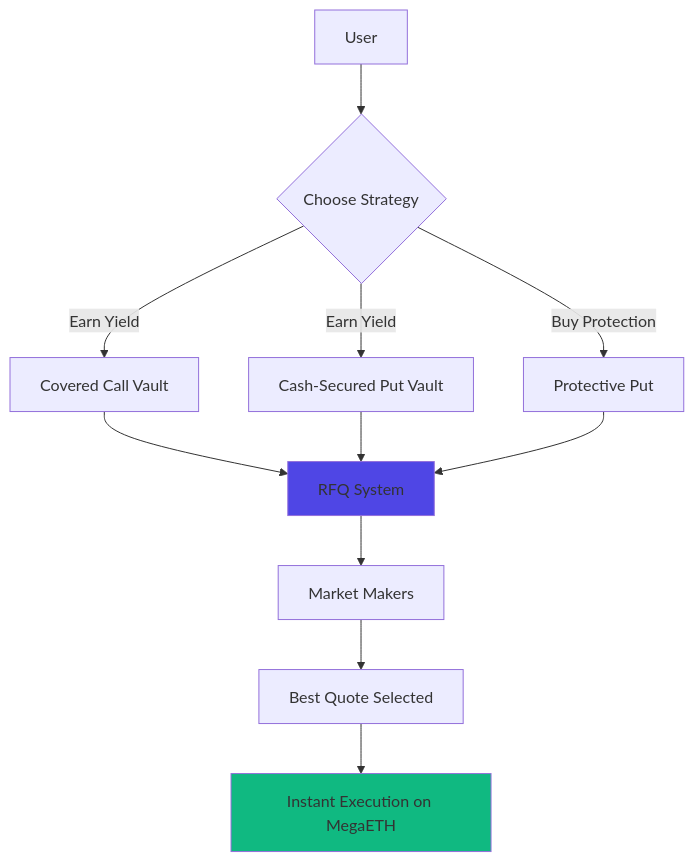
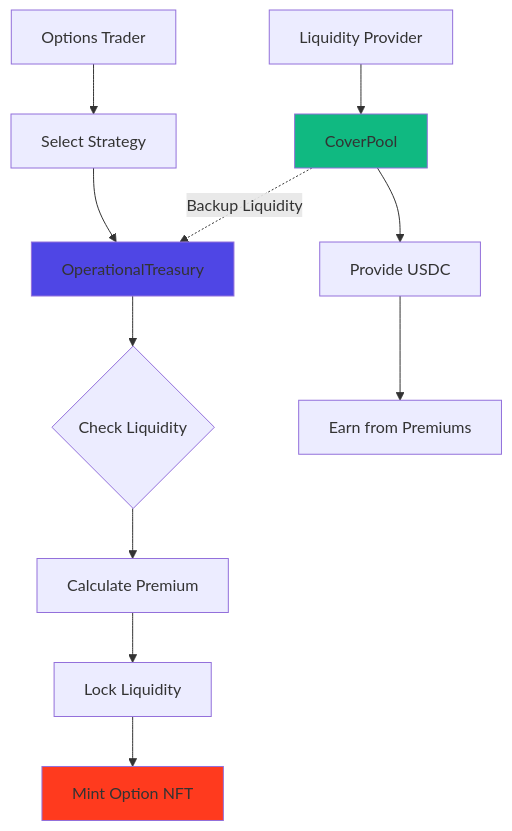
Before and after one commit to Mega-Fi/megafi-docs: the diagram in landing/docs/hedge/overview.md, drawn with Mermaid. The commit also changed other lines of this file and 7 other files, not shown here.

````diff
--- a/landing/docs/hedge/overview.md
+++ b/landing/docs/hedge/overview.md
@@ -14,18 +16,19 @@
 ```mermaid
 graph TD
-    A[User] --> B{Choose Strategy}
-    B -->|Earn Yield| C[Covered Call Vault]
-    B -->|Earn Yield| D[Cash-Secured Put Vault]
-    B -->|Buy Protection| E[Protective Put]
+    A[Options Trader] --> B[Select Strategy]
+    B --> C[OperationalTreasury]
+    C --> D{Check Liquidity}
+    D --> E[Calculate Premium]
+    E --> F[Lock Liquidity]
+    F --> G[Mint Option NFT]
     
-    C --> F[RFQ System]
-    D --> F
-    E --> F
+    H[Liquidity Provider] --> I[CoverPool]
+    I --> J[Provide USDC]
+    J --> K[Earn from Premiums]
     
-    F --> G[Market Makers]
-    G --> H[Best Quote Selected]
-    H --> I[Instant Execution on MegaETH]
+    I -.Backup Liquidity.-> C
     
-    style F fill:#4F46E5
+    style C fill:#4F46E5
     style I fill:#10B981
+    style G fill:#FF3A1E
 ```
````
